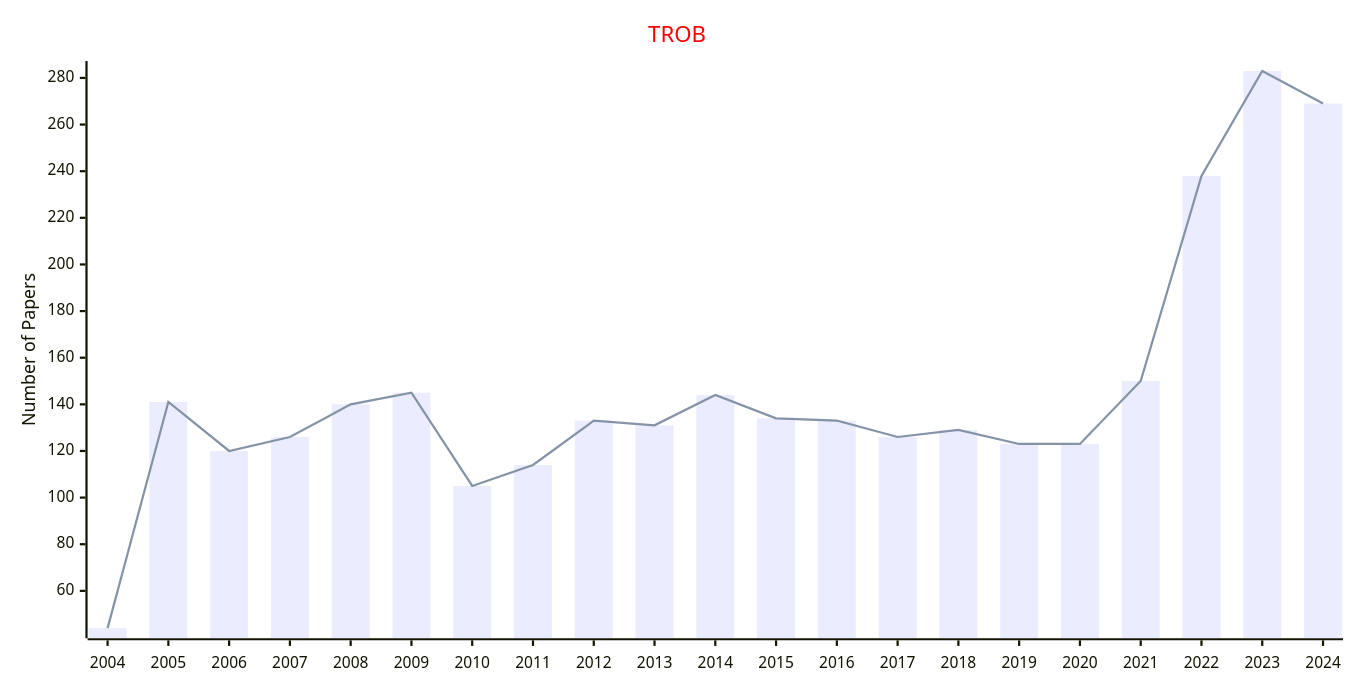
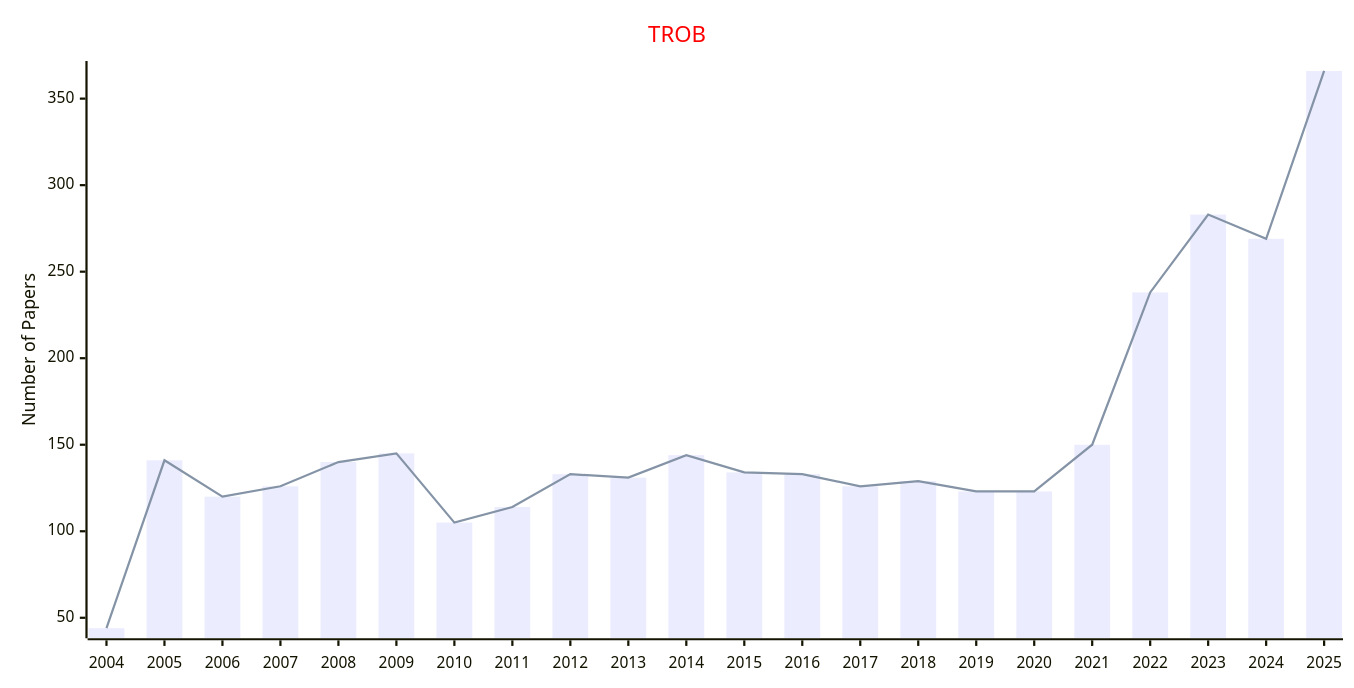
The seventh of 12 diagrams in docs/data/Journals/Statistics_Journals/Robotics_and_UAV.md (Easy-PhD/AILinks), drawn with Mermaid before and after one commit. The commit also changed other lines of this file and 107 other files, not shown here.

````diff
--- a/docs/data/Journals/Statistics_Journals/Robotics_and_UAV.md
+++ b/docs/data/Journals/Statistics_Journals/Robotics_and_UAV.md
@@ -153,17 +153,17 @@
 ```mermaid
 ---
 config:
     xyChart:
         width: 1200
         height: 600
     themeVariables:
         xyChart:
             titleColor: "#ff0000"
 ---
 xychart-beta
     title "TROB"
-    x-axis [2004, 2005, 2006, 2007, 2008, 2009, 2010, 2011, 2012, 2013, 2014, 2015, 2016, 2017, 2018, 2019, 2020, 2021, 2022, 2023, 2024]
+    x-axis [2004, 2005, 2006, 2007, 2008, 2009, 2010, 2011, 2012, 2013, 2014, 2015, 2016, 2017, 2018, 2019, 2020, 2021, 2022, 2023, 2024, 2025]
     y-axis "Number of Papers"
-    bar [44, 141, 120, 126, 140, 145, 105, 114, 133, 131, 144, 134, 133, 126, 129, 123, 123, 150, 238, 283, 269]
-    line [44, 141, 120, 126, 140, 145, 105, 114, 133, 131, 144, 134, 133, 126, 129, 123, 123, 150, 238, 283, 269]
+    bar [44, 141, 120, 126, 140, 145, 105, 114, 133, 131, 144, 134, 133, 126, 129, 123, 123, 150, 238, 283, 269, 366]
+    line [44, 141, 120, 126, 140, 145, 105, 114, 133, 131, 144, 134, 133, 126, 129, 123, 123, 150, 238, 283, 269, 366]
 ```
````
